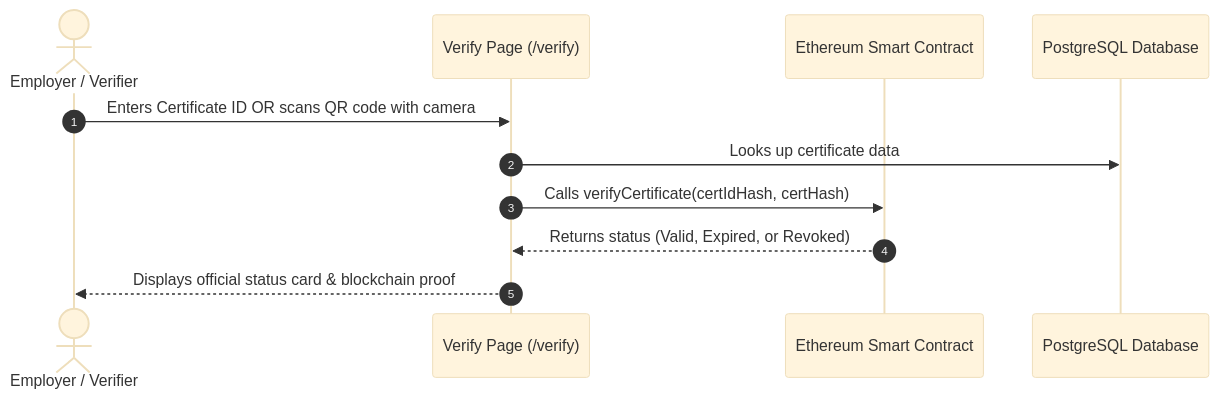
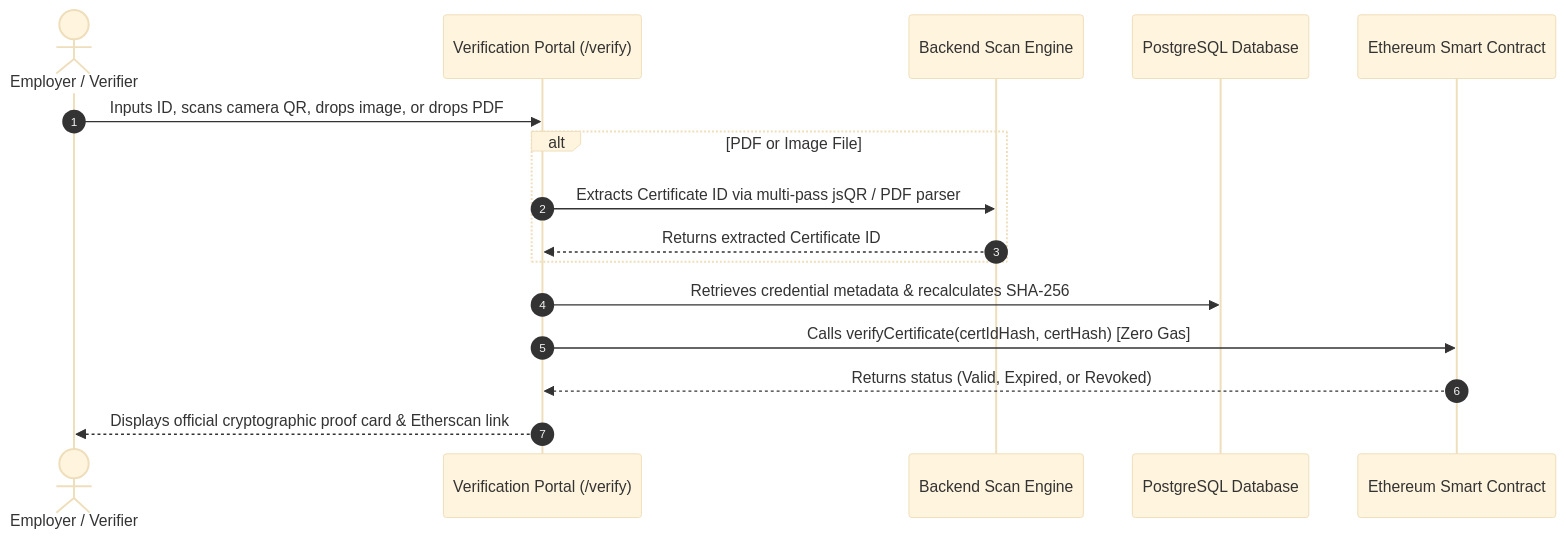
One commit to mengchheanglong/citadel-blockchain-certificates changed the third of 4 diagrams in PROJECT_SUBMISSION_REPORT.md. Above: the diagram before and after it, drawn with Mermaid (base theme). The commit also changed other lines of this file and 2 other files, not shown here.

Commit message:
docs: refine final project submission report in docx and md with full diagrams, verification engine docs, and demo presentation script

````diff
--- a/PROJECT_SUBMISSION_REPORT.md
+++ b/PROJECT_SUBMISSION_REPORT.md
@@ -80,14 +121,19 @@
 ```mermaid
 sequenceDiagram
     autonumber
     actor Verifier as Employer / Verifier
-    participant Web as Verify Page (/verify)
+    participant Web as Verification Portal (/verify)
+    participant API as Backend Scan Engine
+    participant DB as PostgreSQL Database
     participant Chain as Ethereum Smart Contract
-    participant DB as PostgreSQL Database
 
-    Verifier->>Web: Enters Certificate ID OR scans QR code with camera
-    Web->>DB: Looks up certificate data
-    Web->>Chain: Calls verifyCertificate(certIdHash, certHash)
+    Verifier->>Web: Inputs ID, scans camera QR, drops image, or drops PDF
+    alt PDF or Image File
+        Web->>API: Extracts Certificate ID via multi-pass jsQR / PDF parser
+        API-->>Web: Returns extracted Certificate ID
+    end
+    Web->>DB: Retrieves credential metadata & recalculates SHA-256
+    Web->>Chain: Calls verifyCertificate(certIdHash, certHash) [Zero Gas]
     Chain-->>Web: Returns status (Valid, Expired, or Revoked)
-    Web-->>Verifier: Displays official status card & blockchain proof
+    Web-->>Verifier: Displays official cryptographic proof card & Etherscan link
 ```
````
